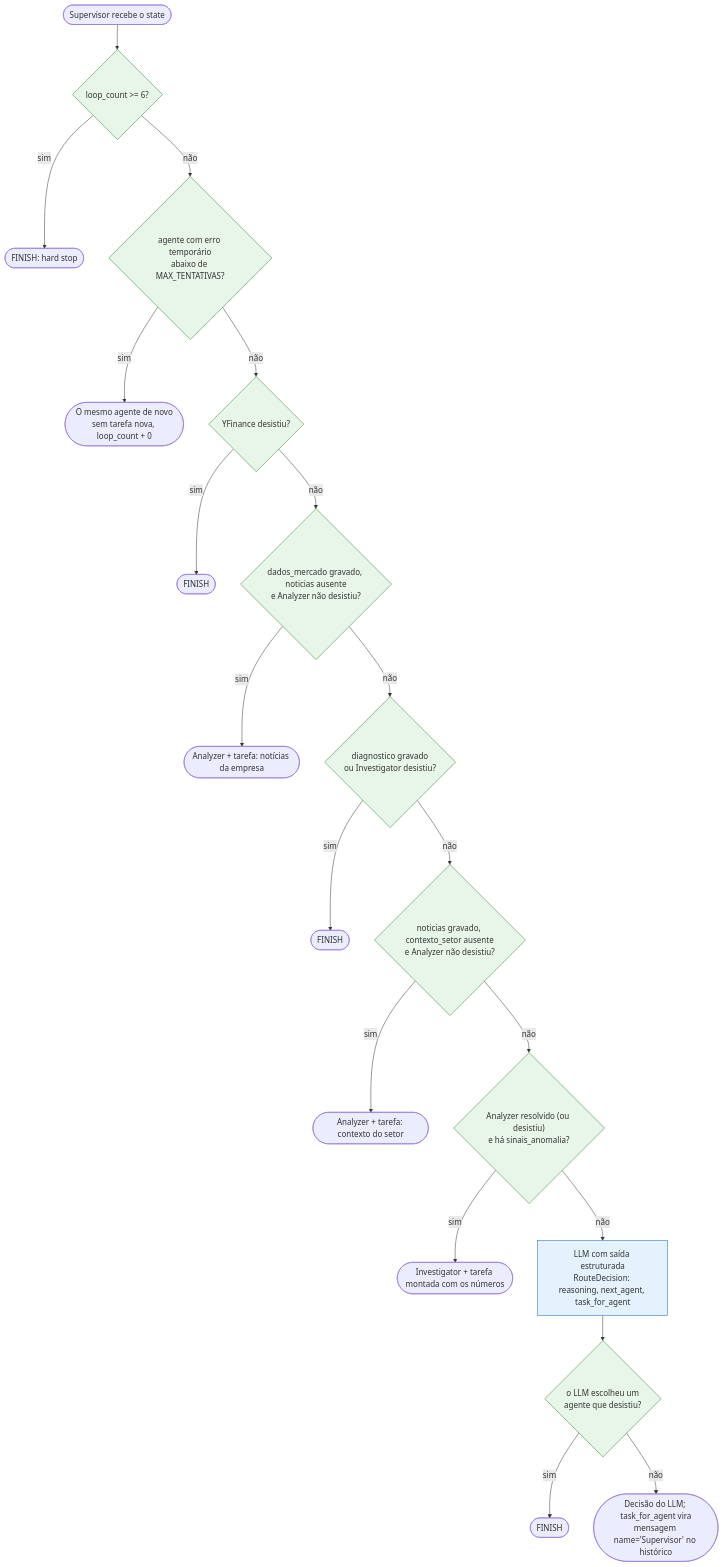
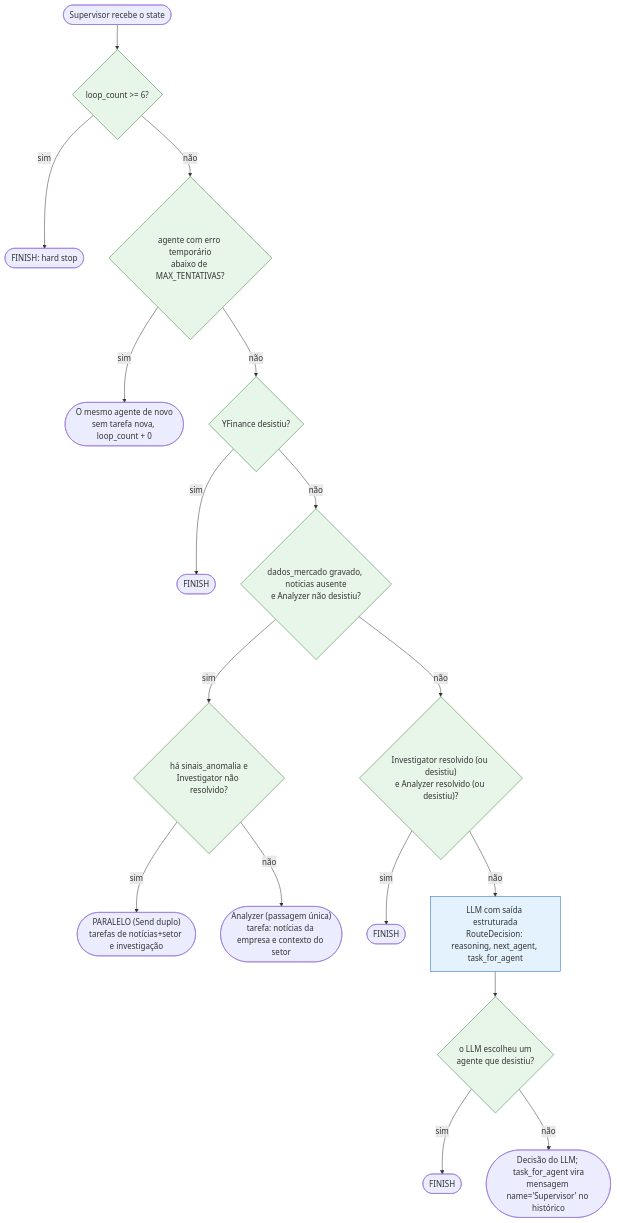
One commit to igorc22/pipeline-inteligencia-financeira-b3 changed the second of 7 diagrams in docs/arquitetura.md. Above: the diagram before and after it, drawn with Mermaid. The commit also changed other lines of this file and 1 other file, not shown here.

````diff
--- a/docs/arquitetura.md
+++ b/docs/arquitetura.md
@@ -72,26 +74,24 @@
 ```mermaid
 flowchart TD
     E(["Supervisor recebe o state"]) --> H{"loop_count >= 6?"}
     H -->|sim| FIN1(["FINISH: hard stop"])
     H -->|não| GE{"agente com erro temporário<br/>abaixo de MAX_TENTATIVAS?"}
     GE -->|sim| RE(["O mesmo agente de novo<br/>sem tarefa nova, loop_count + 0"])
     GE -->|não| GY{"YFinance desistiu?"}
     GY -->|sim| FIN3(["FINISH"])
     GY -->|não| G1{"dados_mercado gravado, noticias ausente<br/>e Analyzer não desistiu?"}
-    G1 -->|sim| AN(["Analyzer + tarefa: notícias da empresa"])
-    G1 -->|não| G2{"diagnostico gravado<br/>ou Investigator desistiu?"}
+    G1 -->|sim| GS{"há sinais_anomalia e<br/>Investigator não resolvido?"}
+    GS -->|sim| PAR(["PARALELO (Send duplo)<br/>tarefas de notícias+setor e investigação"])
+    GS -->|não| AN(["Analyzer (passagem única)<br/>tarefa: notícias da empresa e contexto do setor"])
+    G1 -->|não| G2{"Investigator resolvido (ou desistiu)<br/>e Analyzer resolvido (ou desistiu)?"}
     G2 -->|sim| FIN2(["FINISH"])
-    G2 -->|não| G4{"noticias gravado, contexto_setor ausente<br/>e Analyzer não desistiu?"}
-    G4 -->|sim| SET(["Analyzer + tarefa: contexto do setor"])
-    G4 -->|não| G3{"Analyzer resolvido (ou desistiu)<br/>e há sinais_anomalia?"}
-    G3 -->|sim| INV(["Investigator + tarefa montada com os números"])
-    G3 -->|não| LLM["LLM com saída estruturada<br/>RouteDecision: reasoning, next_agent, task_for_agent"]
+    G2 -->|não| LLM["LLM com saída estruturada<br/>RouteDecision: reasoning, next_agent, task_for_agent"]
     LLM --> GD{"o LLM escolheu um<br/>agente que desistiu?"}
     GD -->|sim| FIN4(["FINISH"])
     GD -->|não| D(["Decisão do LLM; task_for_agent vira<br/>mensagem name='Supervisor' no histórico"])
 
     classDef guard fill:#e8f5e9,stroke:#2e7d32
     classDef llm fill:#e3f2fd,stroke:#1565c0
-    class H,GE,GY,G1,G2,G4,G3,GD guard
+    class H,GE,GY,G1,GS,G2,GD guard
     class LLM llm
 ```
````
